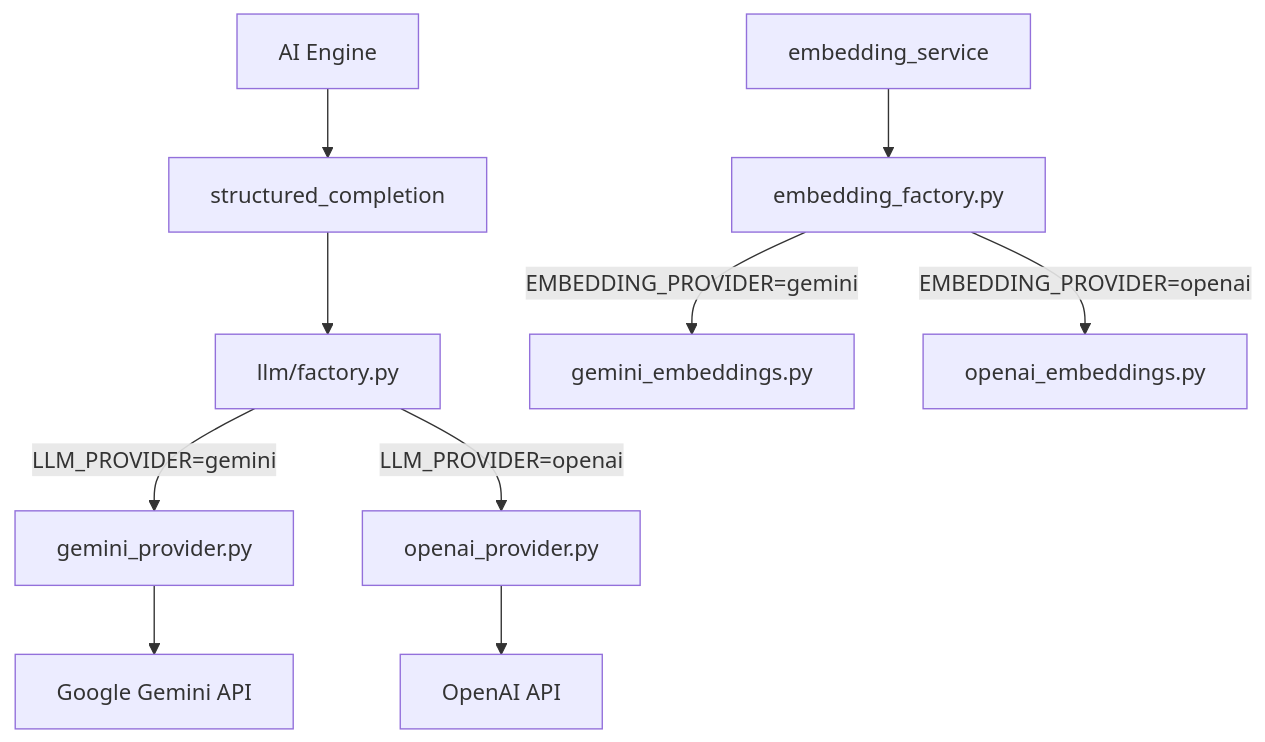
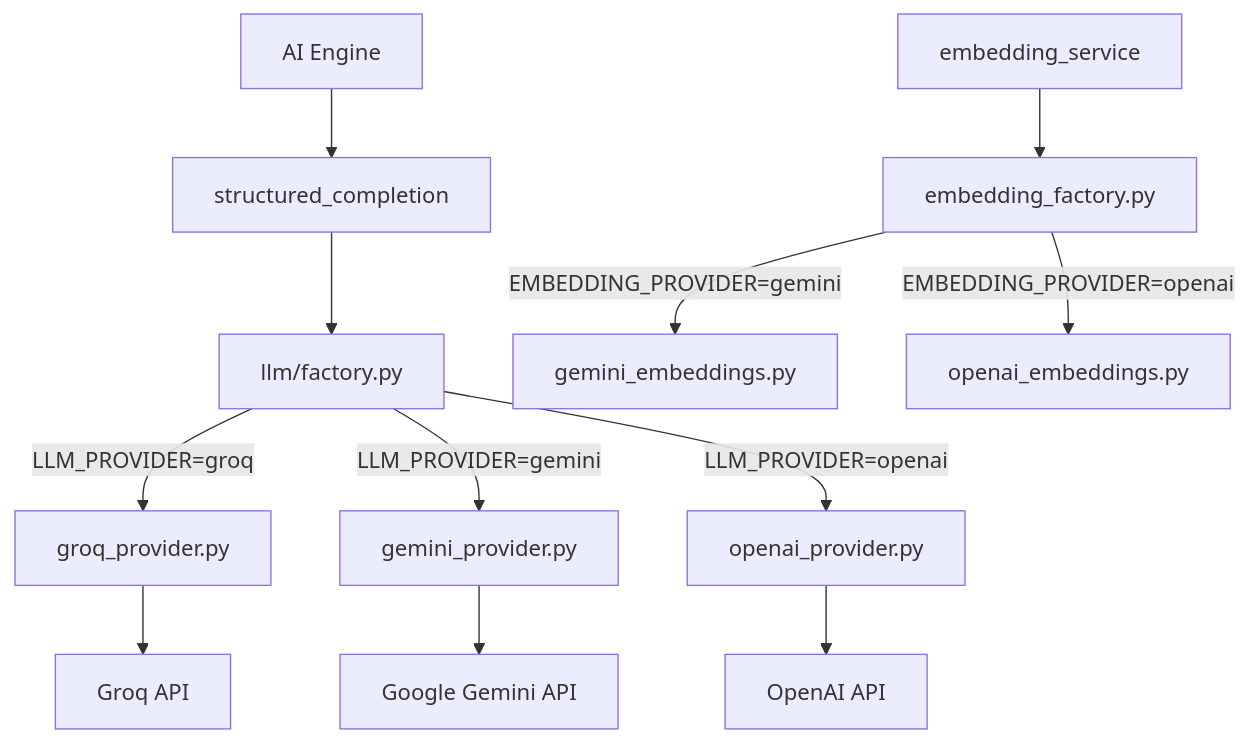
Before and after one commit to mirthsekar-hash/Spotify-Review-Analyzer: the fourth of 8 diagrams in docs/architecture.md, drawn with Mermaid. The commit also changed other lines of this file and 201 other files, not shown here.

````diff
--- a/docs/architecture.md
+++ b/docs/architecture.md
@@ -532,13 +533,15 @@
 ```mermaid
 flowchart TB
     ENG[AI Engine] --> SC[structured_completion]
     SC --> FACTORY[llm/factory.py]
+    FACTORY -->|LLM_PROVIDER=groq| GRQ[groq_provider.py]
     FACTORY -->|LLM_PROVIDER=gemini| GEM[gemini_provider.py]
     FACTORY -->|LLM_PROVIDER=openai| OAI[openai_provider.py]
+    GRQ --> API0[Groq API]
     GEM --> API1[Google Gemini API]
     OAI --> API2[OpenAI API]
 
     EMB[embedding_service] --> EFAC[embedding_factory.py]
     EFAC -->|EMBEDDING_PROVIDER=gemini| GEmb[gemini_embeddings.py]
     EFAC -->|EMBEDDING_PROVIDER=openai| OEmb[openai_embeddings.py]
 ```
````
